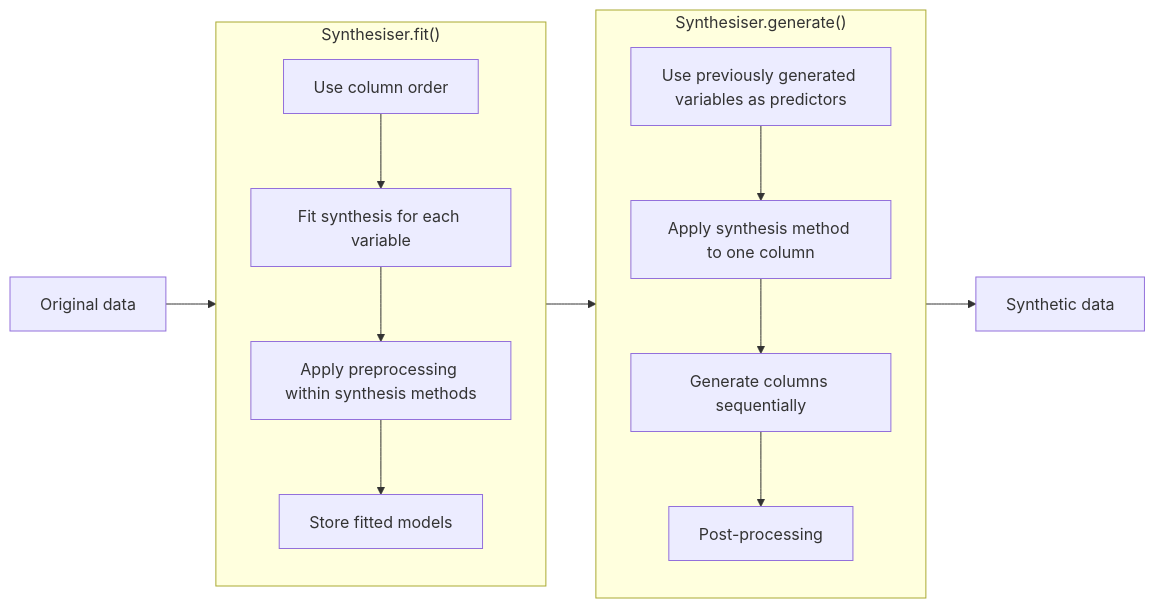
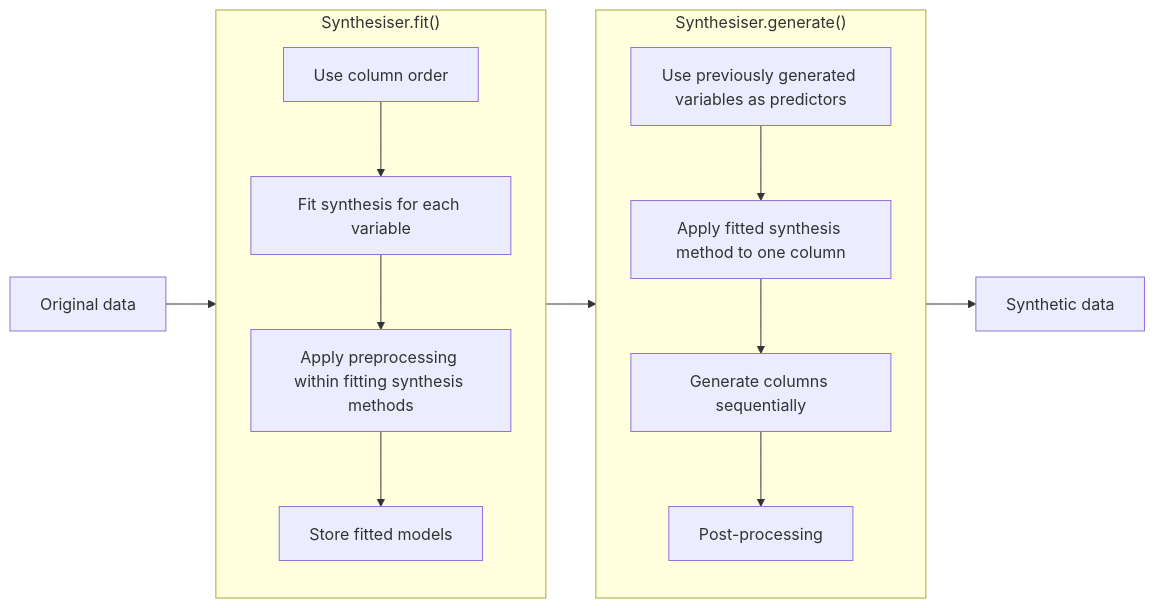
One commit to duonl/synthpop-py changed the diagram in docs/source/user_guides/2_synthetic_data_generation.md. Above: the diagram before and after it, drawn with Mermaid. The commit also changed other lines of this file and 9 other files, not shown here.

````diff
--- a/docs/source/user_guides/2_synthetic_data_generation.md
+++ b/docs/source/user_guides/2_synthetic_data_generation.md
@@ -12,29 +12,29 @@
 ```{mermaid}
 flowchart LR
 
     A[Original data]
 
     subgraph FIT["Synthesiser.fit()"]
         direction TB
         B[Use column order]
         C[Fit synthesis for each variable]
-        D[Apply preprocessing within synthesis methods]
+        D[Apply preprocessing within fitting synthesis methods]
         E[Store fitted models]
         B --> C --> D --> E
     end
 
     subgraph GEN["Synthesiser.generate()"]
         direction TB
         F[Use previously generated variables as predictors]
-        G[Apply synthesis method to one column]
+        G[Apply fitted synthesis method to one column]
         H[Generate columns sequentially]
         I[Post-processing]
         F --> G --> H --> I
     end
 
     J[Synthetic data]
 
     A --> FIT
     FIT --> GEN
     GEN --> J
 ```
````
